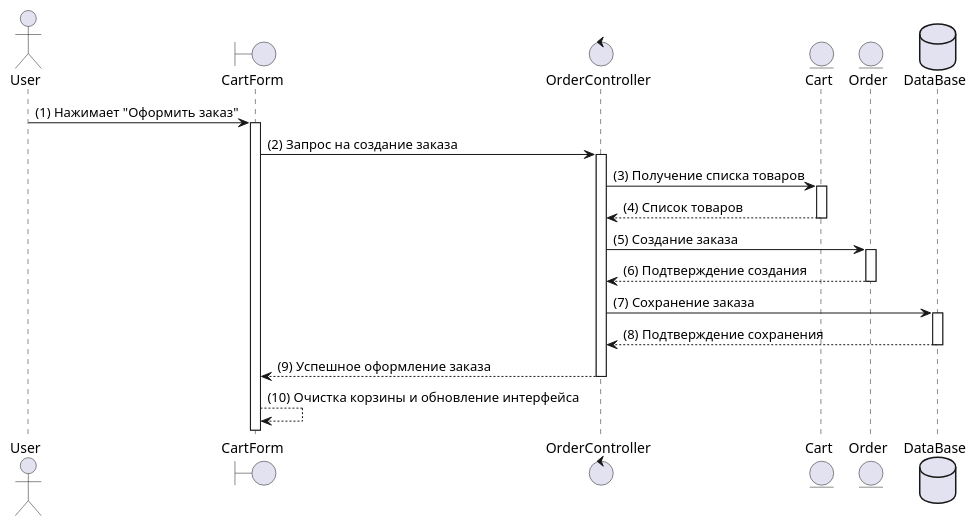
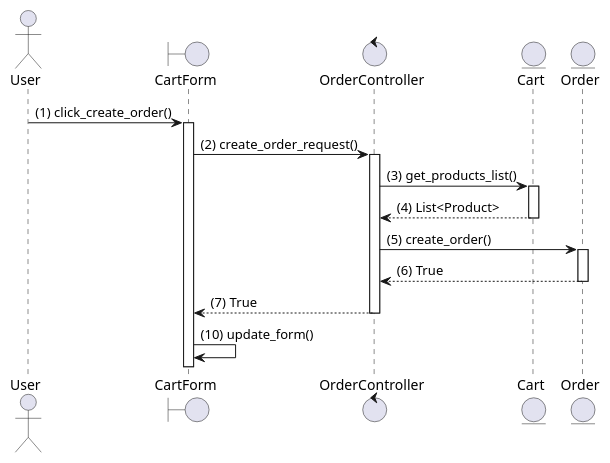
The diagram in laba_1-4/sequence/Client/create_order.puml (UraharaKiska/umlk_diagram), drawn with PlantUML before and after one commit. The commit also changed 16 other files, not shown here.

```diff
--- a/laba_1-4/sequence/Client/create_order.puml
+++ b/laba_1-4/sequence/Client/create_order.puml
@@ -1,38 +1,38 @@
 @startuml
 actor User
 boundary CartForm
 control OrderController
 entity Cart
 entity Order
-database DataBase
+' database DataBase
 
-User -> CartForm : (1) Нажимает "Оформить заказ"
+User -> CartForm : (1) click_create_order()
 activate CartForm
 
-CartForm -> OrderController : (2) Запрос на создание заказа
+CartForm -> OrderController : (2) create_order_request()
 activate OrderController
 
-OrderController -> Cart : (3) Получение списка товаров
+OrderController -> Cart : (3) get_products_list()
 activate Cart
 
-Cart --> OrderController : (4) Список товаров
+Cart --> OrderController : (4) List<Product>
 deactivate Cart
 
-OrderController -> Order : (5) Создание заказа
+OrderController -> Order : (5) create_order()
 activate Order
 
-Order --> OrderController : (6) Подтверждение создания
+Order --> OrderController : (6) True
 deactivate Order
 
-OrderController -> DataBase : (7) Сохранение заказа
-activate DataBase
+' OrderController -> DataBase : (7) Сохранение заказа
+' activate DataBase
 
-DataBase --> OrderController : (8) Подтверждение сохранения
-deactivate DataBase
+' DataBase --> OrderController : (8) Подтверждение сохранения
+' deactivate DataBase
 
-OrderController --> CartForm : (9) Успешное оформление заказа
+OrderController --> CartForm : (7) True
 deactivate OrderController
 
-CartForm --> CartForm : (10) Очистка корзины и обновление интерфейса
+CartForm -> CartForm : (10) update_form()
 
 @enduml
```
